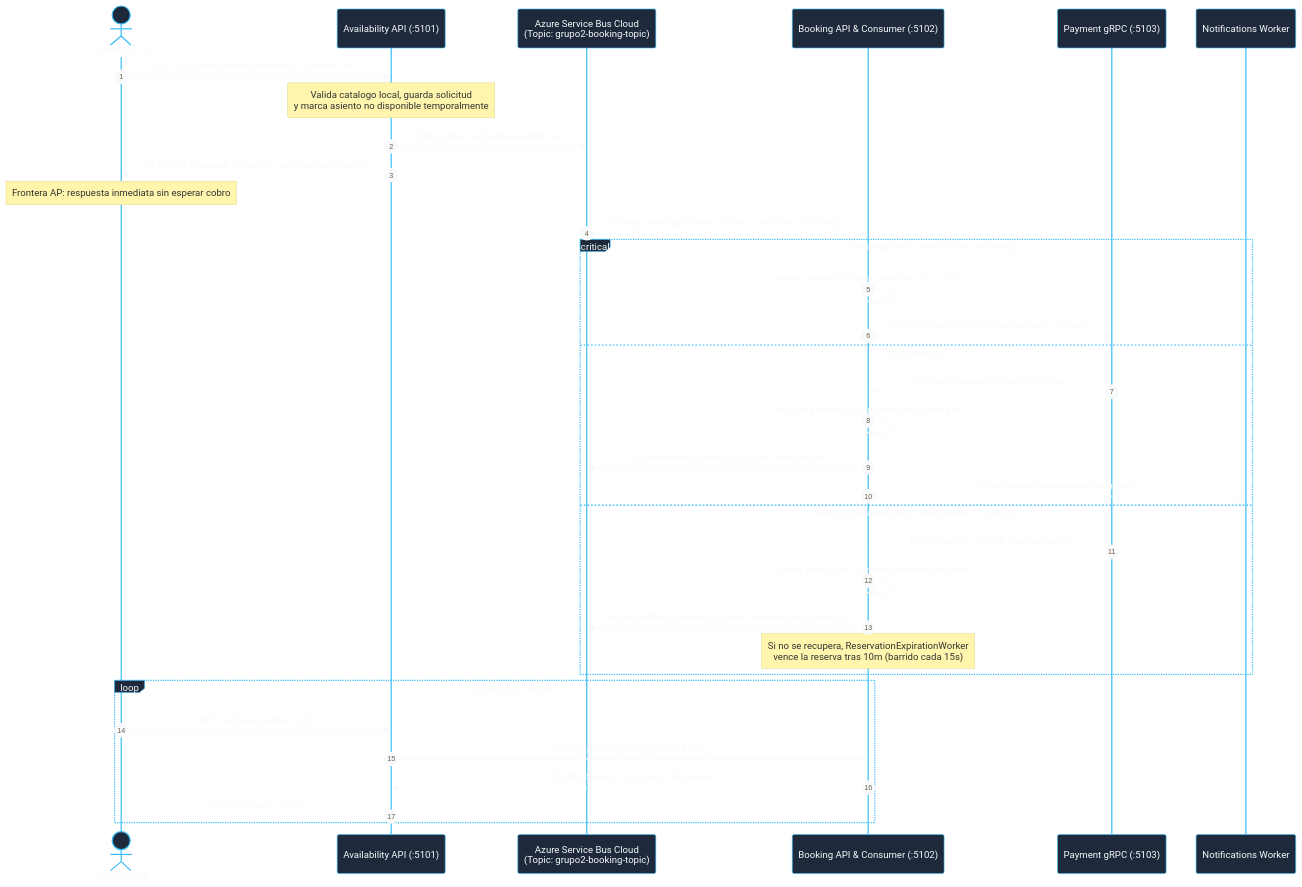
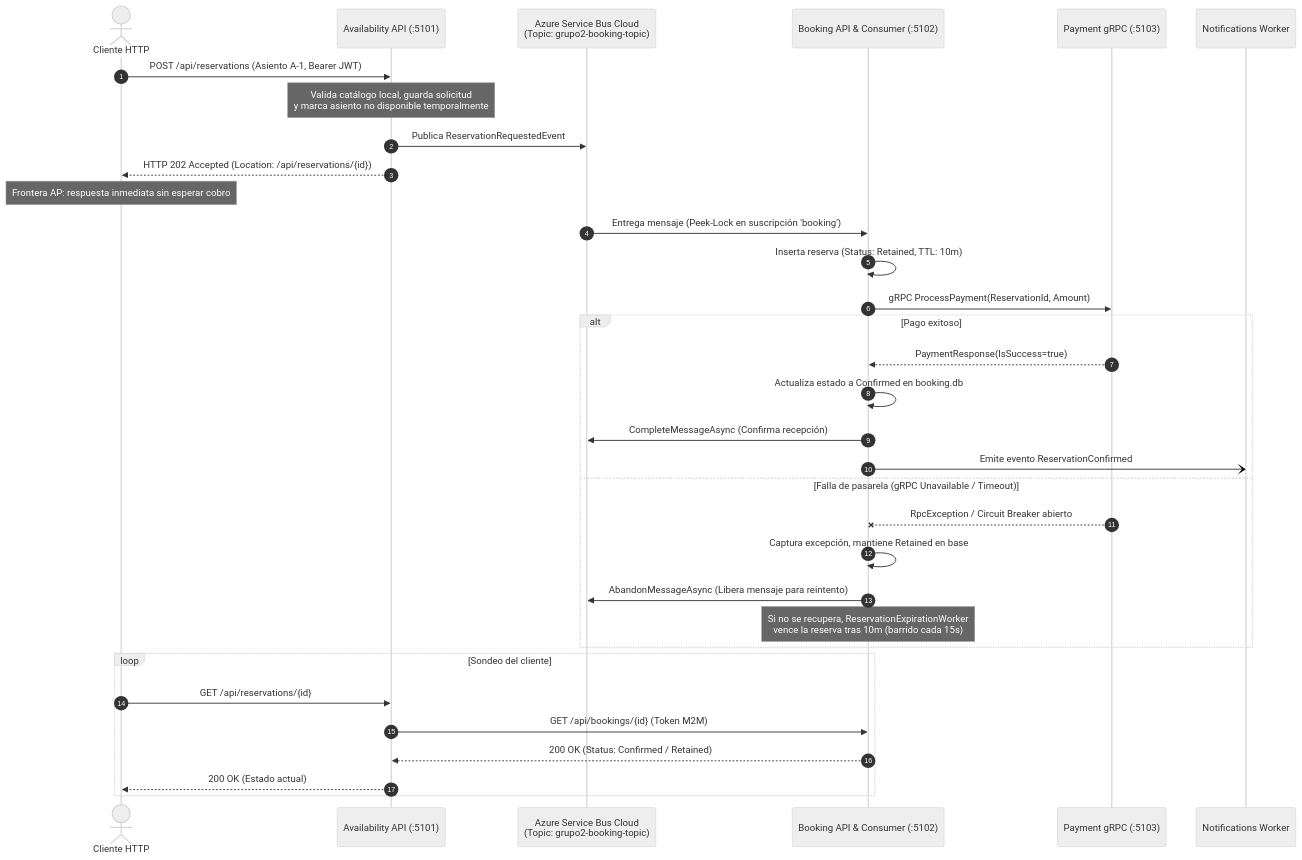
The diagram in docs/diagramas/secuencia_eventual_consistency.md (arza-developer/tp-distribuidos-grupo2-asientos), drawn with Mermaid before and after one commit. The commit also changed other lines of this file and 11 other files, not shown here.

Commit message:
docs: corregir contraste neutral mermaid, eliminar inconsistencias y sincronizar e2e

````diff
--- a/docs/diagramas/secuencia_eventual_consistency.md
+++ b/docs/diagramas/secuencia_eventual_consistency.md
@@ -5,41 +5,40 @@
 ```mermaid
-%%{init: {'theme': 'base', 'themeVariables': { 'primaryTextColor': '#f8fafc', 'primaryColor': '#1e293b', 'primaryBorderColor': '#38bdf8', 'lineColor': '#94a3b8', 'edgeLabelBackground': '#1e293b', 'tertiaryColor': '#0f172a', 'fontSize': '13px' }}}%%
+%%{init: {'theme': 'neutral'}}%%
 sequenceDiagram
     autonumber
     actor Cliente as Cliente HTTP
     participant Avail as Availability API (:5101)
     participant Broker as Azure Service Bus Cloud<br/>(Topic: grupo2-booking-topic)
     participant Booking as Booking API & Consumer (:5102)
     participant Payment as Payment gRPC (:5103)
     participant Notif as Notifications Worker
 
     Cliente->>Avail: POST /api/reservations (Asiento A-1, Bearer JWT)
-    Note over Avail: Valida catalogo local, guarda solicitud<br/>y marca asiento no disponible temporalmente
+    Note over Avail: Valida catálogo local, guarda solicitud<br/>y marca asiento no disponible temporalmente
     Avail->>Broker: Publica ReservationRequestedEvent
     Avail-->>Cliente: HTTP 202 Accepted (Location: /api/reservations/{id})
     Note over Cliente: Frontera AP: respuesta inmediata sin esperar cobro
 
-    Broker->>Booking: Entrega mensaje (Peek-Lock en suscripcion 'booking')
-    
-    critical Procesamiento asincrono en Booking
-        Booking->>Booking: Inserta reserva (Status: Retained, TTL: 10m)
-        Booking->>Payment: gRPC ProcessPayment(ReservationId, Amount)
-    option Pago exitoso
+    Broker->>Booking: Entrega mensaje (Peek-Lock en suscripción 'booking')
+    Booking->>Booking: Inserta reserva (Status: Retained, TTL: 10m)
+    Booking->>Payment: gRPC ProcessPayment(ReservationId, Amount)
+
+    alt Pago exitoso
         Payment-->>Booking: PaymentResponse(IsSuccess=true)
         Booking->>Booking: Actualiza estado a Confirmed en booking.db
-        Booking->>Broker: CompleteMessageAsync (Confirma recepcion)
+        Booking->>Broker: CompleteMessageAsync (Confirma recepción)
         Booking-)Notif: Emite evento ReservationConfirmed
-    option Falla de pasarela (gRPC Unavailable / Timeout)
+    else Falla de pasarela (gRPC Unavailable / Timeout)
         Payment--XBooking: RpcException / Circuit Breaker abierto
-        Booking->>Booking: Captura excepcion, mantiene Retained en base
+        Booking->>Booking: Captura excepción, mantiene Retained en base
         Booking->>Broker: AbandonMessageAsync (Libera mensaje para reintento)
         Note over Booking: Si no se recupera, ReservationExpirationWorker<br/>vence la reserva tras 10m (barrido cada 15s)
     end
 
     loop Sondeo del cliente
         Cliente->>Avail: GET /api/reservations/{id}
         Avail->>Booking: GET /api/bookings/{id} (Token M2M)
         Booking-->>Avail: 200 OK (Status: Confirmed / Retained)
         Avail-->>Cliente: 200 OK (Estado actual)
     end
 ```
````
